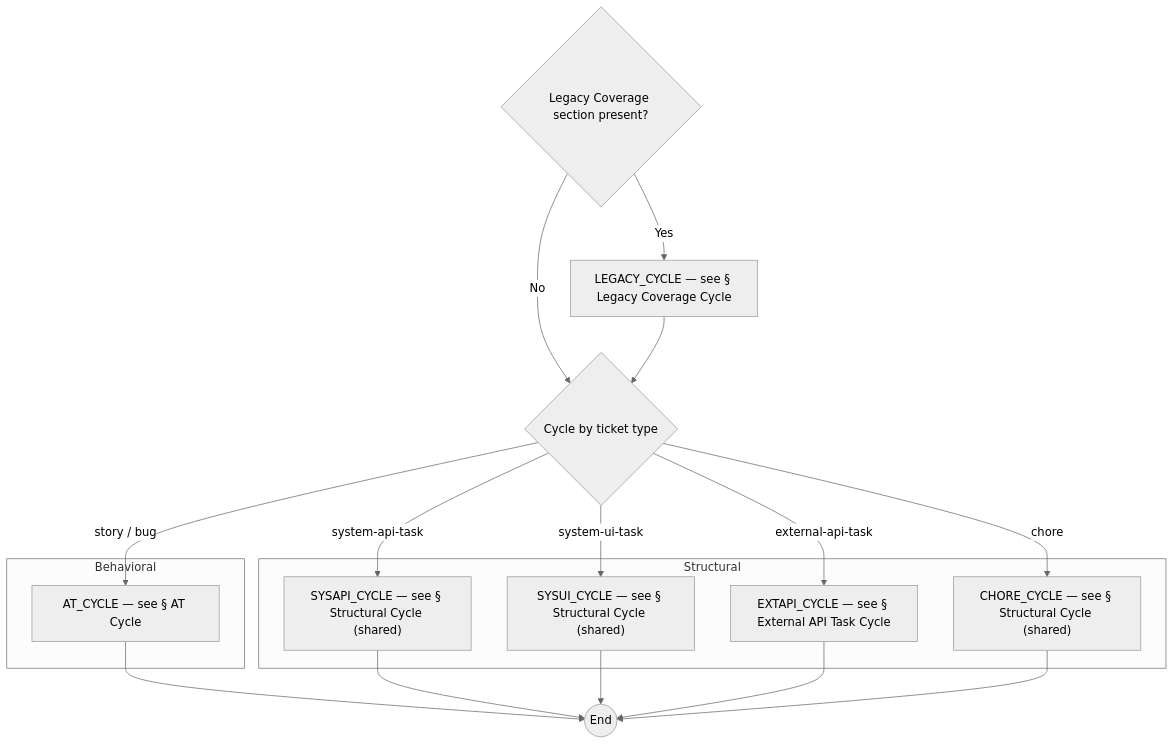
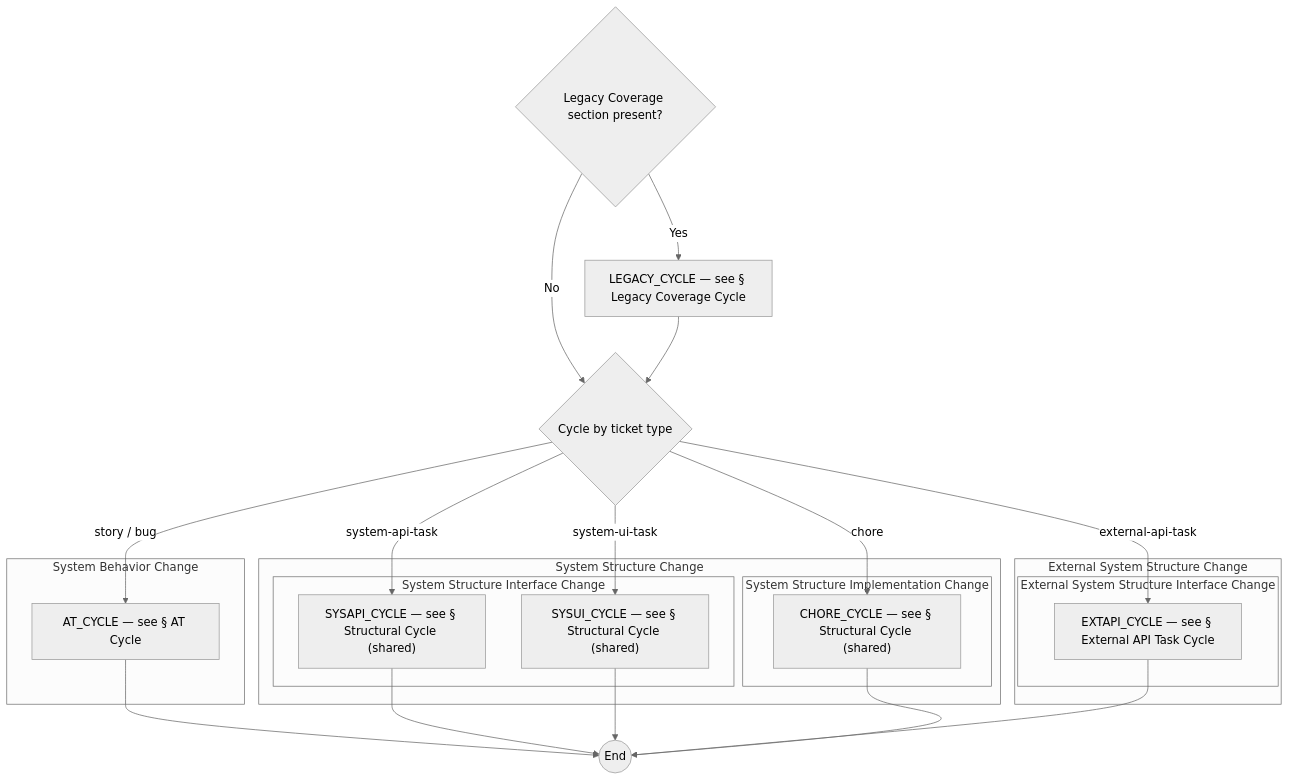
The second of 9 diagrams in docs/process-diagram.md (optivem/gh-optivem), drawn with Mermaid (neutral theme) before and after one commit. The commit also changed 3 other files, not shown here.

````diff
--- a/docs/process-diagram.md
+++ b/docs/process-diagram.md
@@ -48,30 +48,38 @@
 ```mermaid
 flowchart TD
     CYCLE_END((End))
     GATE_LEGACY{Legacy Coverage section present?}
     GATE_TYPE_CYCLE{Cycle by ticket type}
     LEGACY_CYCLE[LEGACY_CYCLE — see § Legacy Coverage Cycle]
-    subgraph behavioral[Behavioral]
+    subgraph behavioral[System Behavior Change]
     AT_CYCLE[AT_CYCLE — see § AT Cycle]
     end
-    subgraph structural[Structural]
+    subgraph external_structural[External System Structure Change]
+    subgraph external_structural_interface[External System Structure Interface Change]
+    EXTAPI_CYCLE[EXTAPI_CYCLE — see § External API Task Cycle]
+    end
+    end
+    subgraph structural[System Structure Change]
+    subgraph structural_implementation[System Structure Implementation Change]
     CHORE_CYCLE["CHORE_CYCLE — see § Structural Cycle (shared)"]
-    EXTAPI_CYCLE[EXTAPI_CYCLE — see § External API Task Cycle]
+    end
+    subgraph structural_interface[System Structure Interface Change]
     SYSAPI_CYCLE["SYSAPI_CYCLE — see § Structural Cycle (shared)"]
     SYSUI_CYCLE["SYSUI_CYCLE — see § Structural Cycle (shared)"]
+    end
     end
 
     GATE_LEGACY -- Yes --> LEGACY_CYCLE
     GATE_LEGACY -- No --> GATE_TYPE_CYCLE
     LEGACY_CYCLE --> GATE_TYPE_CYCLE
     GATE_TYPE_CYCLE -- story / bug --> AT_CYCLE
     GATE_TYPE_CYCLE -- system-api-task --> SYSAPI_CYCLE
     GATE_TYPE_CYCLE -- system-ui-task --> SYSUI_CYCLE
     GATE_TYPE_CYCLE -- external-api-task --> EXTAPI_CYCLE
     GATE_TYPE_CYCLE -- chore --> CHORE_CYCLE
     AT_CYCLE --> CYCLE_END
     SYSAPI_CYCLE --> CYCLE_END
     SYSUI_CYCLE --> CYCLE_END
     EXTAPI_CYCLE --> CYCLE_END
     CHORE_CYCLE --> CYCLE_END
 ```
````
